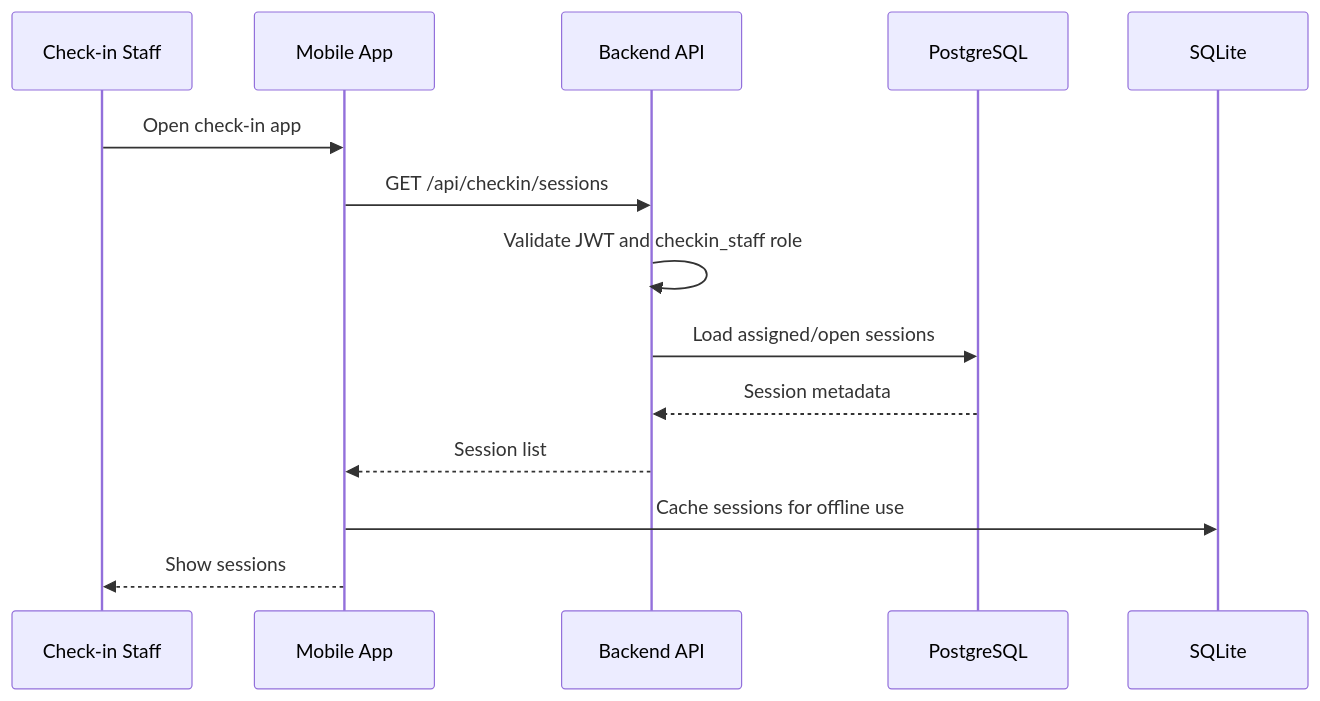
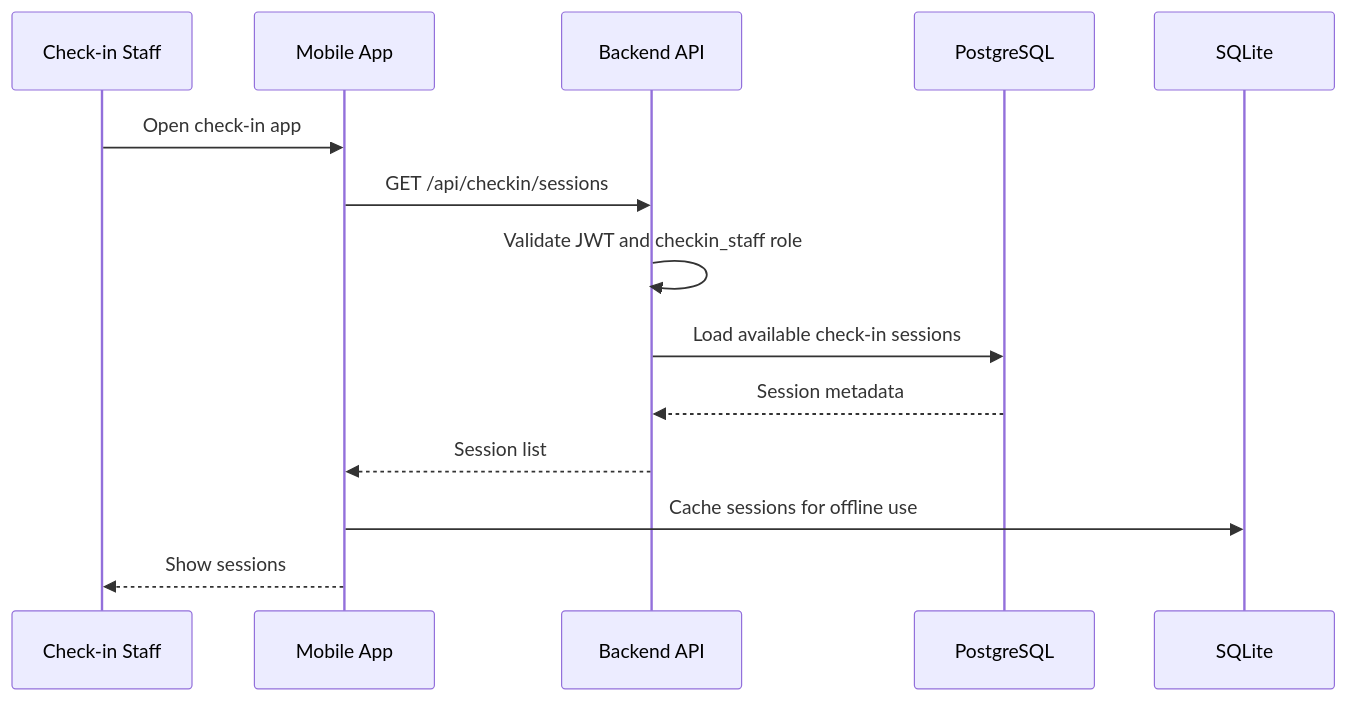
Before and after one commit to NguyenThanhTien539/unihub-workshop-system: the first of 5 diagrams in blueprint/specs/checkin.md, drawn with Mermaid. The commit also changed other lines of this file and 8 other files, not shown here.

````diff
--- a/blueprint/specs/checkin.md
+++ b/blueprint/specs/checkin.md
@@ -53,17 +51,17 @@
 ```mermaid
 sequenceDiagram
     participant Staff as Check-in Staff
     participant App as Mobile App
     participant API as Backend API
     participant DB as PostgreSQL
     participant Local as SQLite
 
     Staff->>App: Open check-in app
     App->>API: GET /api/checkin/sessions
     API->>API: Validate JWT and checkin_staff role
-    API->>DB: Load assigned/open sessions
+    API->>DB: Load available check-in sessions
     DB-->>API: Session metadata
     API-->>App: Session list
     App->>Local: Cache sessions for offline use
     App-->>Staff: Show sessions
 ```
````
